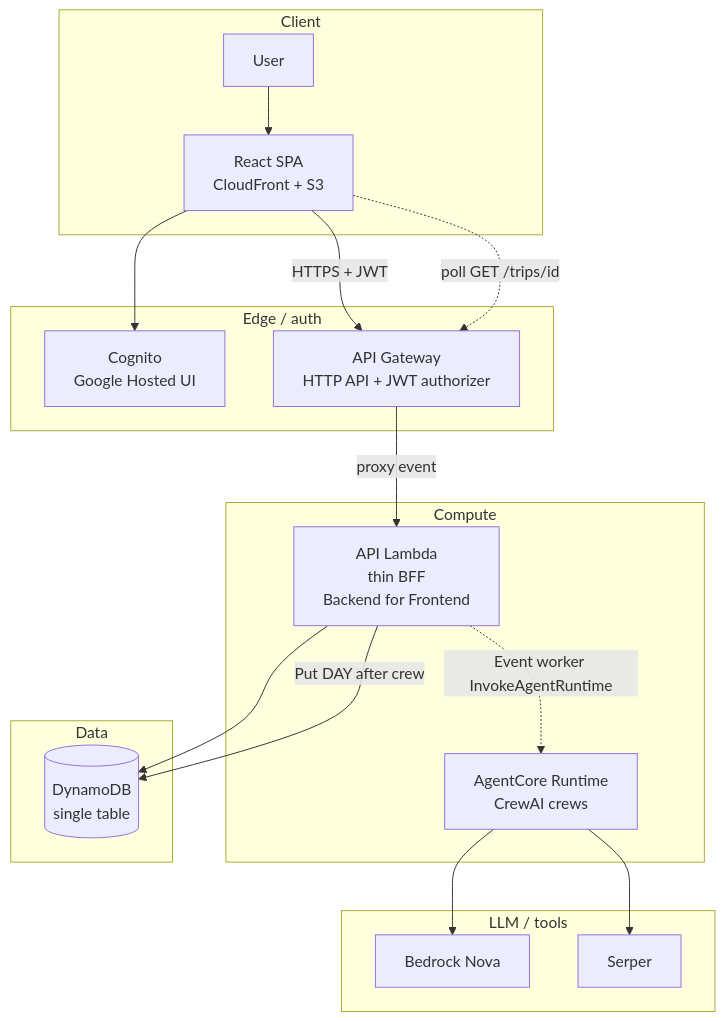
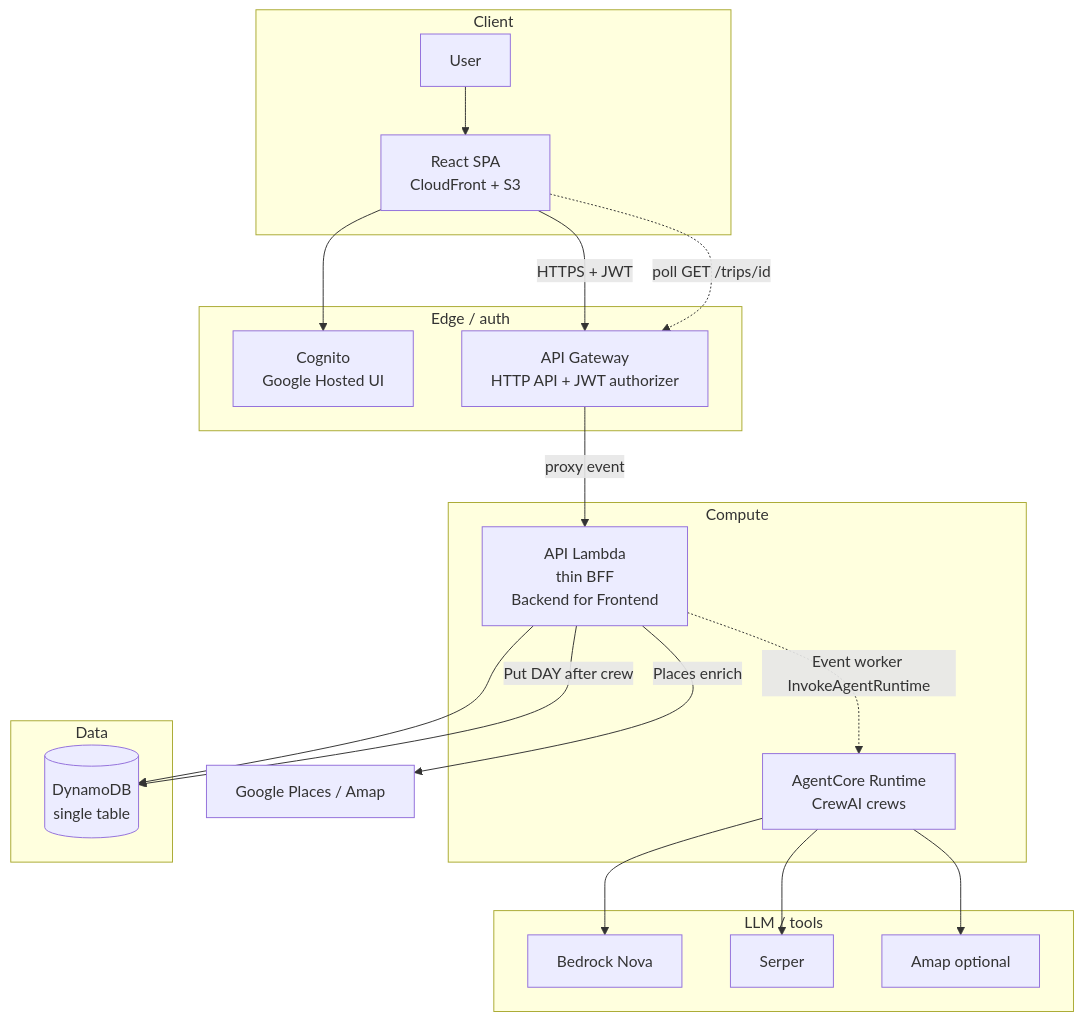
Before and after one commit to YukiUmetsu/vacation-planner-crewai: the first of 3 diagrams in docs/architecture-decisions/README.md, drawn with Mermaid. The commit also changed 104 other files, not shown here.

````diff
--- a/docs/architecture-decisions/README.md
+++ b/docs/architecture-decisions/README.md
@@ -26,37 +26,40 @@
 ```mermaid
 flowchart TB
   subgraph client [Client]
     user[User]
     spa[React SPA<br/>CloudFront + S3]
   end
 
   subgraph edge [Edge / auth]
     cognito[Cognito<br/>Google Hosted UI]
     apigw[API Gateway<br/>HTTP API + JWT authorizer]
   end
 
   subgraph compute [Compute]
     lambda[API Lambda<br/>thin BFF<br/>Backend for Frontend]
     agentcore[AgentCore Runtime<br/>CrewAI crews]
   end
 
   subgraph data [Data]
     ddb[(DynamoDB<br/>single table)]
   end
 
   subgraph llm [LLM / tools]
     bedrock[Bedrock Nova]
     serper[Serper]
+    amap[Amap optional]
   end
 
   user --> spa
   spa --> cognito
   spa -->|"HTTPS + JWT"| apigw
   apigw -->|"proxy event"| lambda
   lambda --> ddb
   lambda -.->|"Event worker InvokeAgentRuntime"| agentcore
   agentcore --> bedrock
   agentcore --> serper
+  agentcore --> amap
+  lambda -->|"Places enrich"| placesApi[Google Places / Amap]
   lambda -->|"Put DAY after crew"| ddb
   spa -.->|"poll GET /trips/id"| apigw
 ```
````
